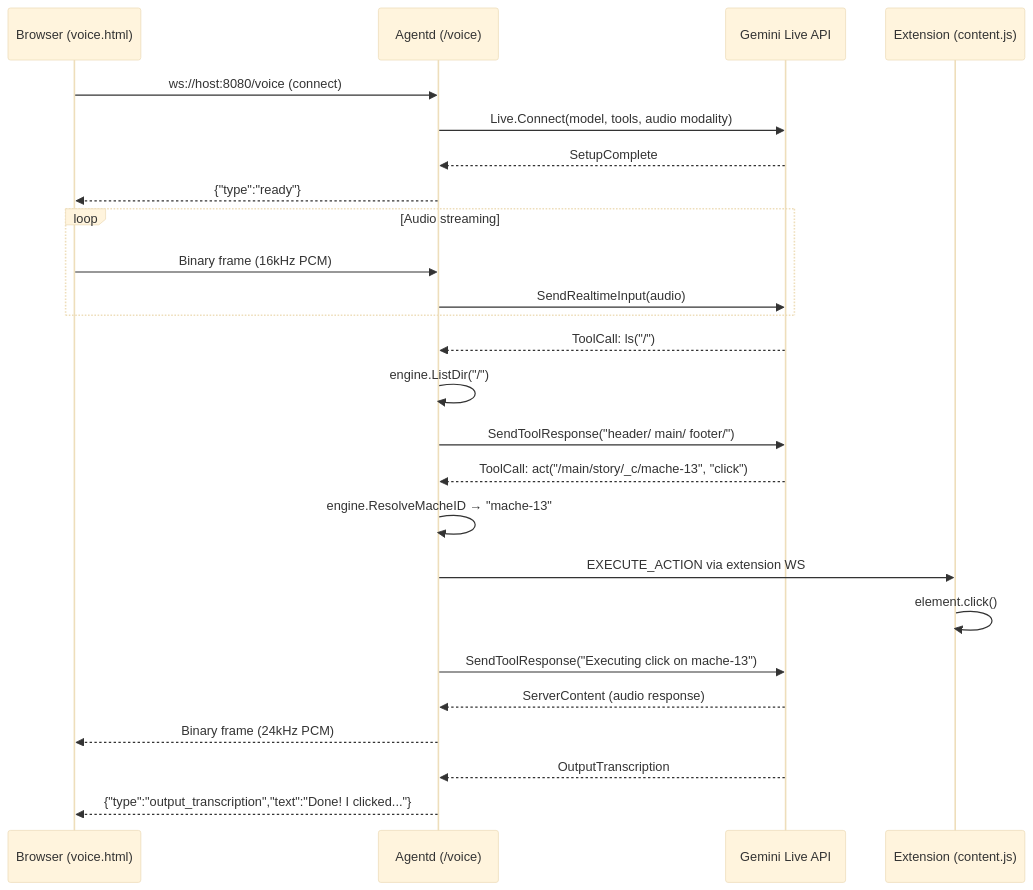
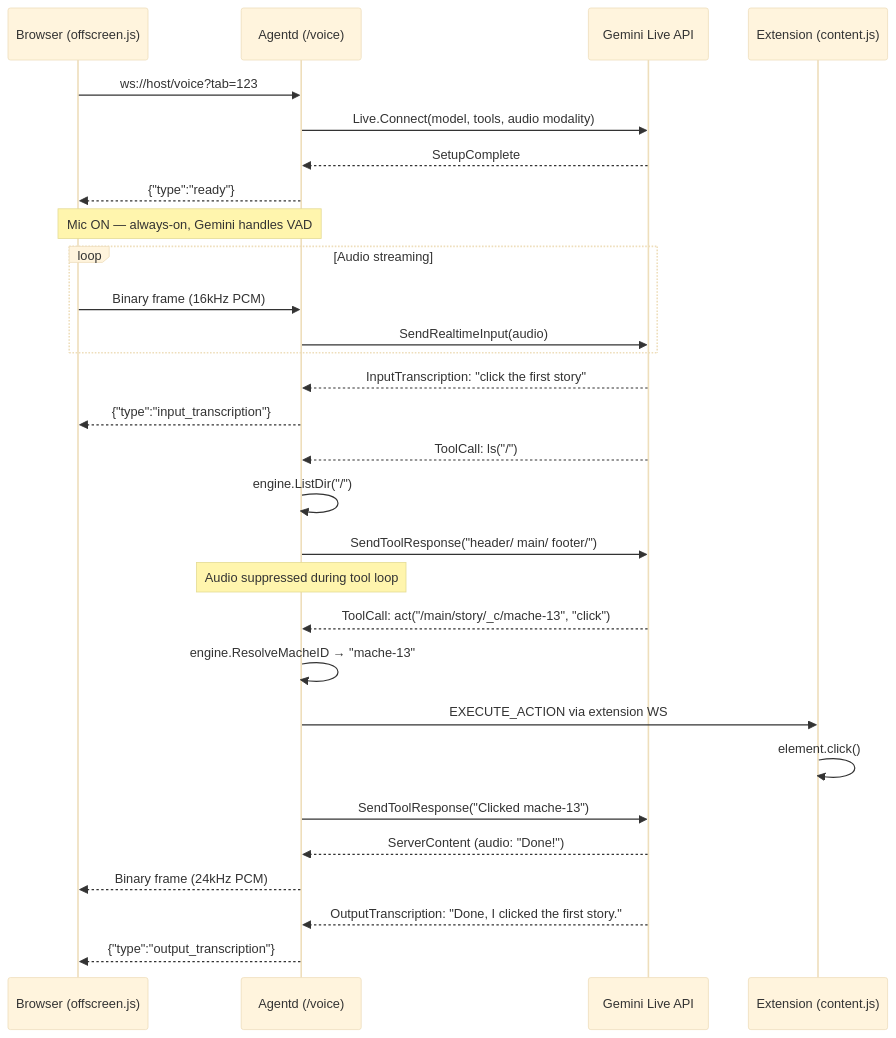
One commit to agentic-research/x-ray changed the third of 4 diagrams in docs/ARCHITECTURE.md. Above: the diagram before and after it, drawn with Mermaid (base theme). The commit also changed other lines of this file and 5 other files, not shown here.

First line of the commit message:
feat: Badge indicator, one-click voice flow, Terraform deploy, mermaid architecture

````diff
--- a/docs/ARCHITECTURE.md
+++ b/docs/ARCHITECTURE.md
@@ -162,32 +101,39 @@
 ```mermaid
 sequenceDiagram
-    participant B as Browser (voice.html)
+    participant B as Browser (offscreen.js)
     participant A as Agentd (/voice)
     participant G as Gemini Live API
     participant E as Extension (content.js)
 
-    B->>A: ws://host:8080/voice (connect)
+    B->>A: ws://host/voice?tab=123
     A->>G: Live.Connect(model, tools, audio modality)
     G-->>A: SetupComplete
     A-->>B: {"type":"ready"}
+
+    Note over B,A: Mic ON — always-on, Gemini handles VAD
 
     loop Audio streaming
         B->>A: Binary frame (16kHz PCM)
         A->>G: SendRealtimeInput(audio)
     end
 
+    G-->>A: InputTranscription: "click the first story"
+    A-->>B: {"type":"input_transcription"}
+
     G-->>A: ToolCall: ls("/")
     A->>A: engine.ListDir("/")
     A->>G: SendToolResponse("header/ main/ footer/")
+
+    Note over A: Audio suppressed during tool loop
 
     G-->>A: ToolCall: act("/main/story/_c/mache-13", "click")
     A->>A: engine.ResolveMacheID → "mache-13"
     A->>E: EXECUTE_ACTION via extension WS
     E->>E: element.click()
-    A->>G: SendToolResponse("Executing click on mache-13")
+    A->>G: SendToolResponse("Clicked mache-13")
 
-    G-->>A: ServerContent (audio response)
+    G-->>A: ServerContent (audio: "Done!")
     A-->>B: Binary frame (24kHz PCM)
-    G-->>A: OutputTranscription
-    A-->>B: {"type":"output_transcription","text":"Done! I clicked..."}
+    G-->>A: OutputTranscription: "Done, I clicked the first story."
+    A-->>B: {"type":"output_transcription"}
 ```
````
